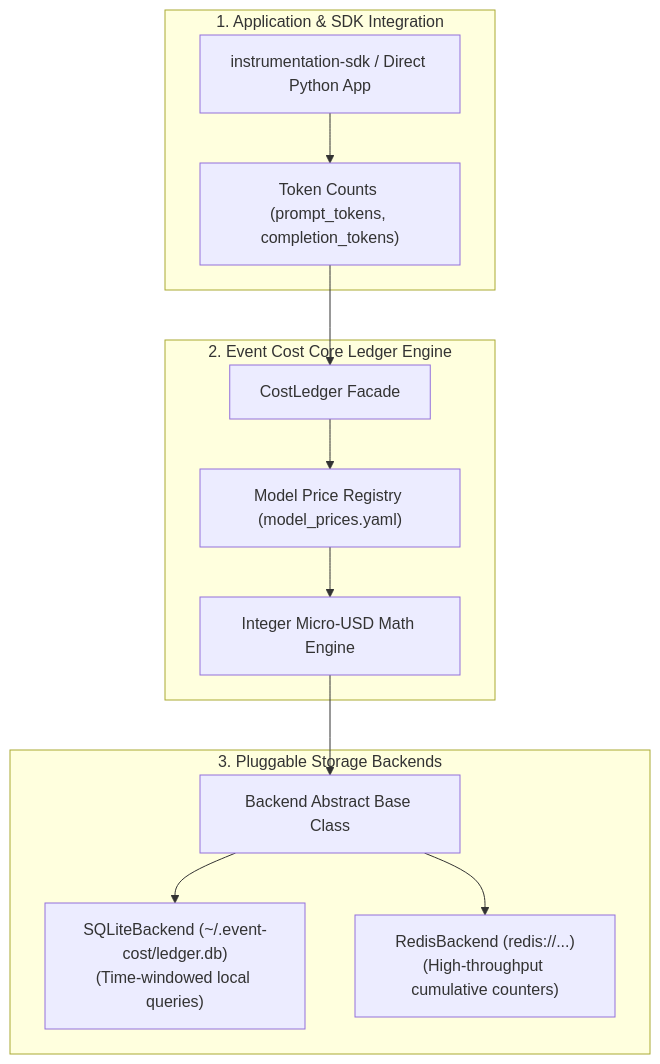
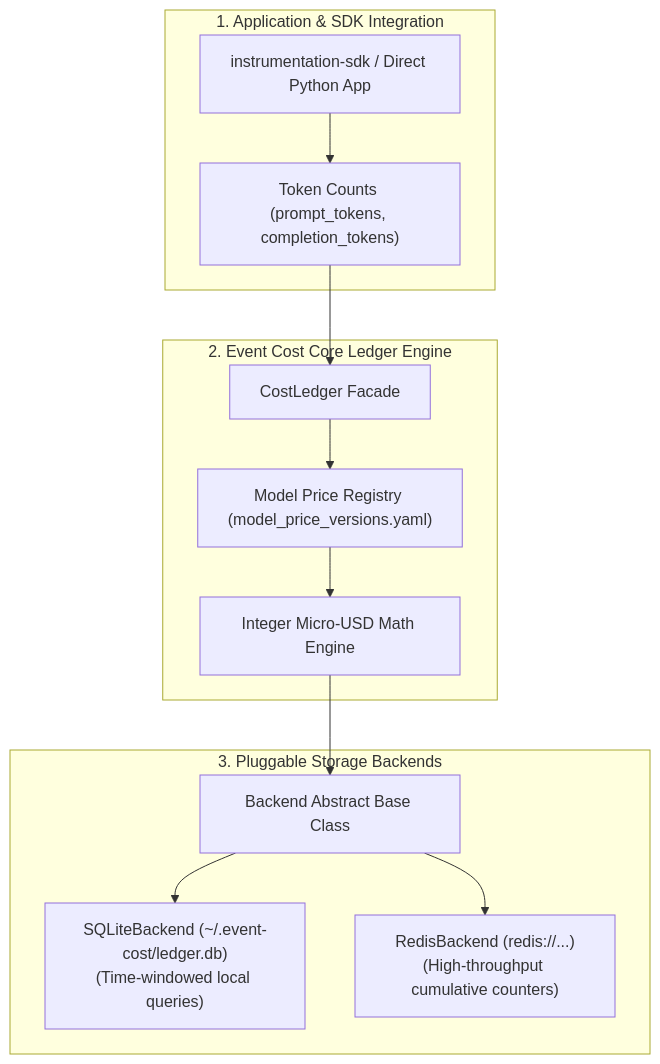
Before and after one commit to Chief-Strategist-J/llm-observability-platform: the first of 3 diagrams in packages/python/event-cost/adr/0001-micro-usd-cost-ledger-and-multi-backend-pricing-engine.md, drawn with Mermaid. The commit also changed other lines of this file and 86 other files, not shown here.

````diff
--- a/packages/python/event-cost/adr/0001-micro-usd-cost-ledger-and-multi-backend-pricing-engine.md
+++ b/packages/python/event-cost/adr/0001-micro-usd-cost-ledger-and-multi-backend-pricing-engine.md
@@ -28,28 +29,28 @@
 ```mermaid
 flowchart TD
     subgraph ClientApp["1. Application & SDK Integration"]
         SDK["instrumentation-sdk / Direct Python App"]
         TokenStats["Token Counts (prompt_tokens, completion_tokens)"]
         SDK --> TokenStats
     end
 
     subgraph CostEngine["2. Event Cost Core Ledger Engine"]
         CostLedgerFacade["CostLedger Facade"]
-        PricingRegistry["Model Price Registry (model_prices.yaml)"]
+        PricingRegistry["Model Price Registry (model_price_versions.yaml)"]
         MicroUsdCalc["Integer Micro-USD Math Engine"]
 
         TokenStats --> CostLedgerFacade
         CostLedgerFacade --> PricingRegistry
         PricingRegistry --> MicroUsdCalc
     end
 
     subgraph BackendAdapters["3. Pluggable Storage Backends"]
         BackendInterface["Backend Abstract Base Class"]
         SqliteBackend["SQLiteBackend (~/.event-cost/ledger.db)\n(Time-windowed local queries)"]
         RedisBackend["RedisBackend (redis://...)\n(High-throughput cumulative counters)"]
 
         MicroUsdCalc --> BackendInterface
         BackendInterface --> SqliteBackend
         BackendInterface --> RedisBackend
     end
 ```
````
